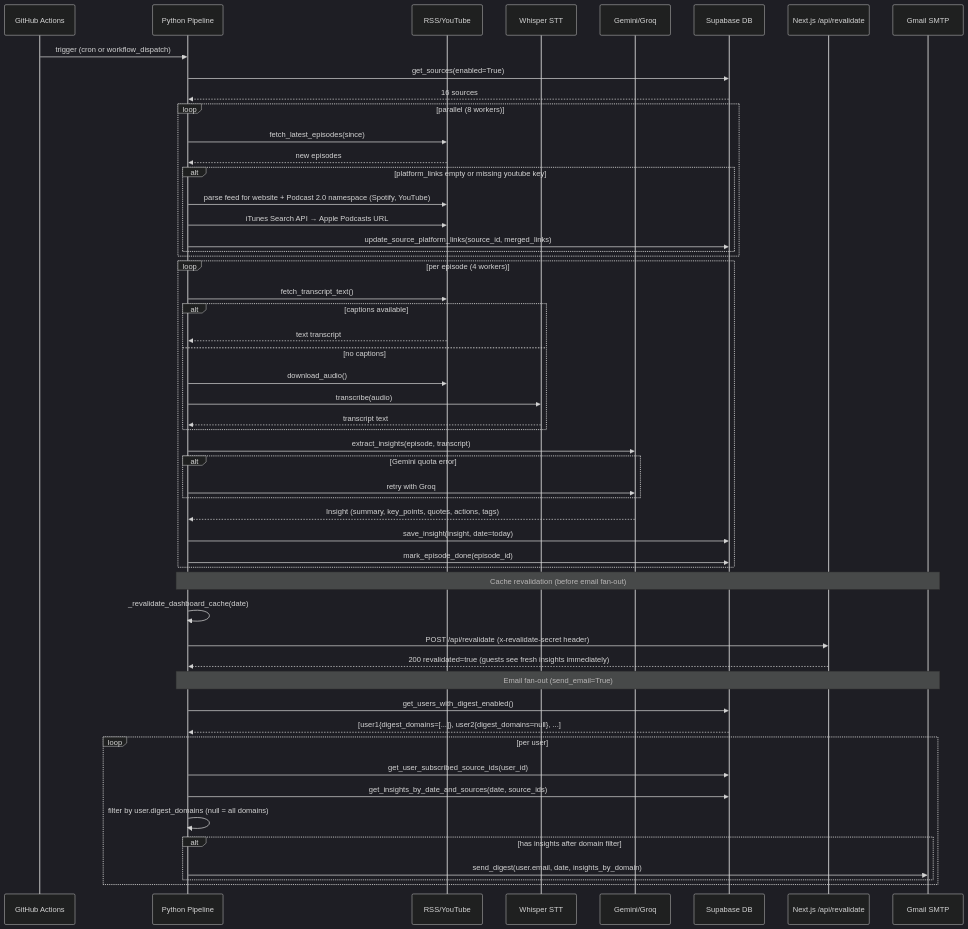
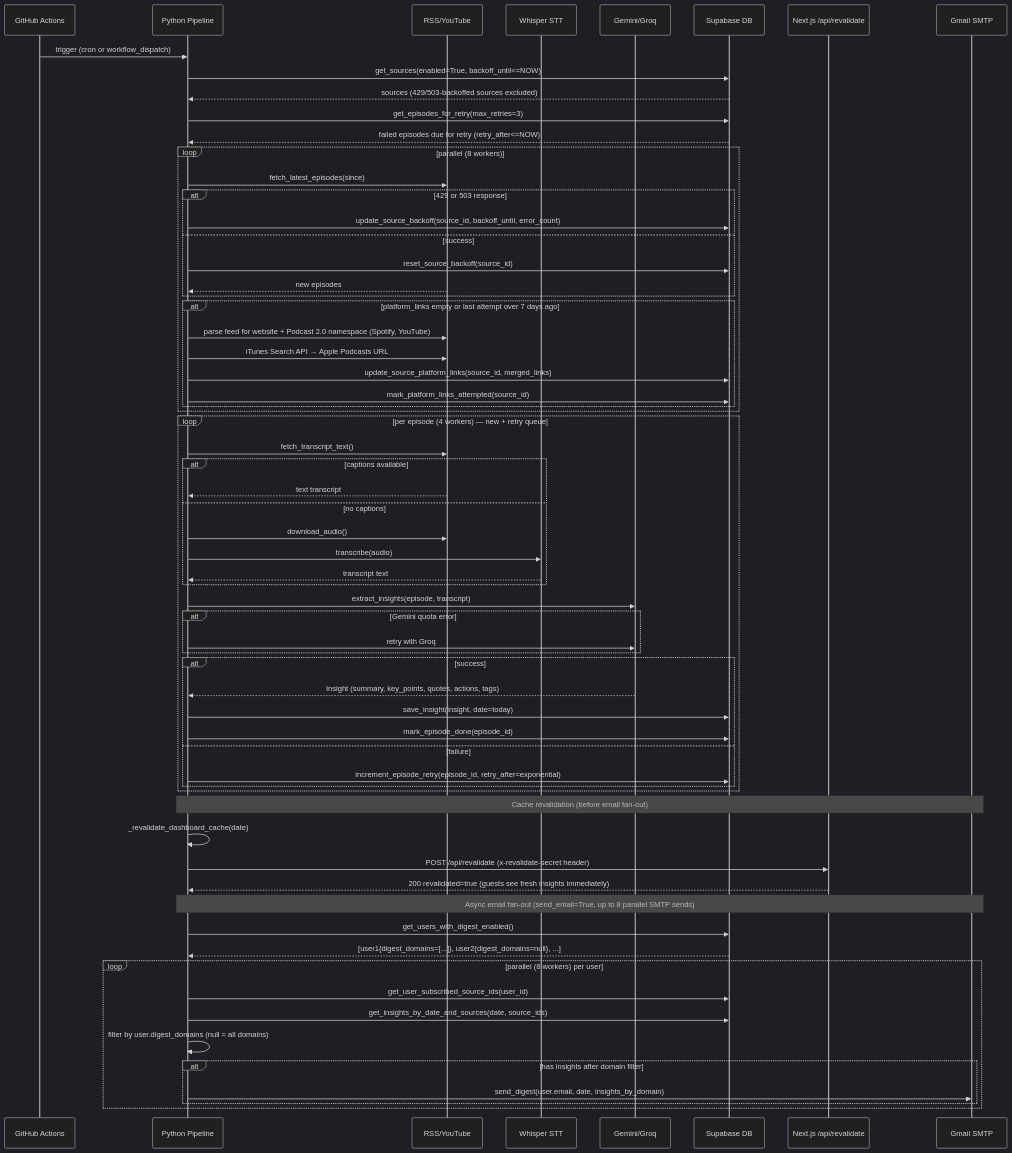
The first of 17 diagrams in docs/request-workflow.md (vtghub/PodcastsSummarizer), drawn with Mermaid (dark theme) before and after one commit. The commit also changed 2 other files, not shown here.

Commit message:
docs: update architecture and workflow diagrams post-PR #146 and #151

````diff
--- a/docs/request-workflow.md
+++ b/docs/request-workflow.md
@@ -5,60 +5,72 @@
 ```mermaid
 sequenceDiagram
     participant GH as GitHub Actions
     participant PY as Python Pipeline
     participant RSS as RSS/YouTube
     participant W as Whisper STT
     participant LLM as Gemini/Groq
     participant DB as Supabase DB
     participant NEXT as Next.js /api/revalidate
     participant MAIL as Gmail SMTP
 
     GH->>PY: trigger (cron or workflow_dispatch)
-    PY->>DB: get_sources(enabled=True)
-    DB-->>PY: 16 sources
+    PY->>DB: get_sources(enabled=True, backoff_until<=NOW)
+    DB-->>PY: sources (429/503-backoffed sources excluded)
+    PY->>DB: get_episodes_for_retry(max_retries=3)
+    DB-->>PY: failed episodes due for retry (retry_after<=NOW)
 
     loop parallel (8 workers)
         PY->>RSS: fetch_latest_episodes(since)
-        RSS-->>PY: new episodes
-        alt platform_links empty or missing youtube key
+        alt 429 or 503 response
+            PY->>DB: update_source_backoff(source_id, backoff_until, error_count)
+        else success
+            PY->>DB: reset_source_backoff(source_id)
+            RSS-->>PY: new episodes
+        end
+        alt platform_links empty or last attempt over 7 days ago
             PY->>RSS: parse feed for website + Podcast 2.0 namespace (Spotify, YouTube)
             PY->>RSS: iTunes Search API → Apple Podcasts URL
             PY->>DB: update_source_platform_links(source_id, merged_links)
+            PY->>DB: mark_platform_links_attempted(source_id)
         end
     end
 
-    loop per episode (4 workers)
+    loop per episode (4 workers) — new + retry queue
         PY->>RSS: fetch_transcript_text()
         alt captions available
             RSS-->>PY: text transcript
         else no captions
             PY->>RSS: download_audio()
             PY->>W: transcribe(audio)
             W-->>PY: transcript text
         end
         PY->>LLM: extract_insights(episode, transcript)
         alt Gemini quota error
             PY->>LLM: retry with Groq
         end
-        LLM-->>PY: Insight (summary, key_points, quotes, actions, tags)
-        PY->>DB: save_insight(insight, date=today)
-        PY->>DB: mark_episode_done(episode_id)
+        alt success
+            LLM-->>PY: Insight (summary, key_points, quotes, actions, tags)
+            PY->>DB: save_insight(insight, date=today)
+            PY->>DB: mark_episode_done(episode_id)
+        else failure
+            PY->>DB: increment_episode_retry(episode_id, retry_after=exponential)
+        end
     end
 
     Note over PY,MAIL: Cache revalidation (before email fan-out)
     PY->>PY: _revalidate_dashboard_cache(date)
     PY->>NEXT: POST /api/revalidate (x-revalidate-secret header)
     NEXT-->>PY: 200 revalidated=true (guests see fresh insights immediately)
 
-    Note over PY,MAIL: Email fan-out (send_email=True)
+    Note over PY,MAIL: Async email fan-out (send_email=True, up to 8 parallel SMTP sends)
     PY->>DB: get_users_with_digest_enabled()
     DB-->>PY: [user1{digest_domains=[...]}, user2{digest_domains=null}, ...]
-    loop per user
+    loop parallel (8 workers) per user
         PY->>DB: get_user_subscribed_source_ids(user_id)
         PY->>DB: get_insights_by_date_and_sources(date, source_ids)
         PY->>PY: filter by user.digest_domains (null = all domains)
         alt has insights after domain filter
             PY->>MAIL: send_digest(user.email, date, insights_by_domain)
         end
     end
 ```
````
